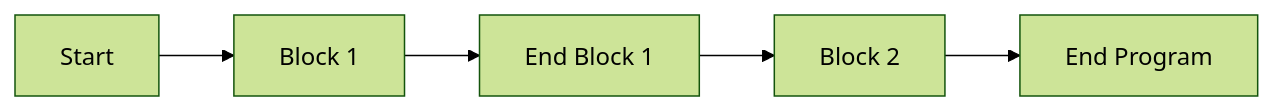
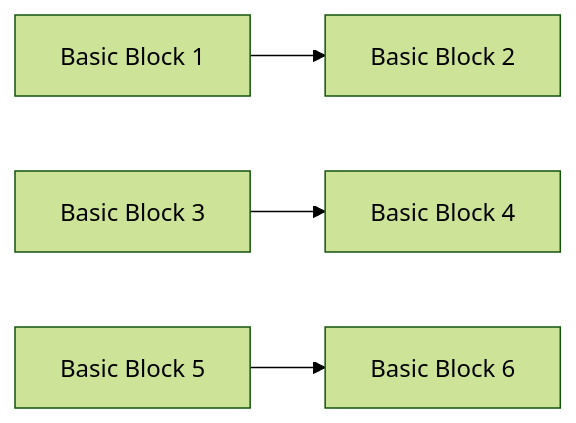
The third of 5 diagrams in frontend/public/assets/gate/cs/compiler-design/code-generation-and-optimization.md (imxade/dontCompete), drawn with Mermaid (forest theme) before and after one commit. The commit also changed other lines of this file and 4395 other files, not shown here.

````diff
--- a/frontend/public/assets/gate/cs/compiler-design/code-generation-and-optimization.md
+++ b/frontend/public/assets/gate/cs/compiler-design/code-generation-and-optimization.md
@@ -17,7 +36,6 @@
 ```mermaid
-graph LR
-A[Start] --> B[Block 1]
-B --> C[End Block 1]
-C --> D[Block 2]
-D --> E[End Program]
+graph LR;
+    A[Basic Block 1] --> B[Basic Block 2];
+    C[Basic Block 3] --> D[Basic Block 4];
+    E[Basic Block 5] --> F[Basic Block 6];
 ```
````
